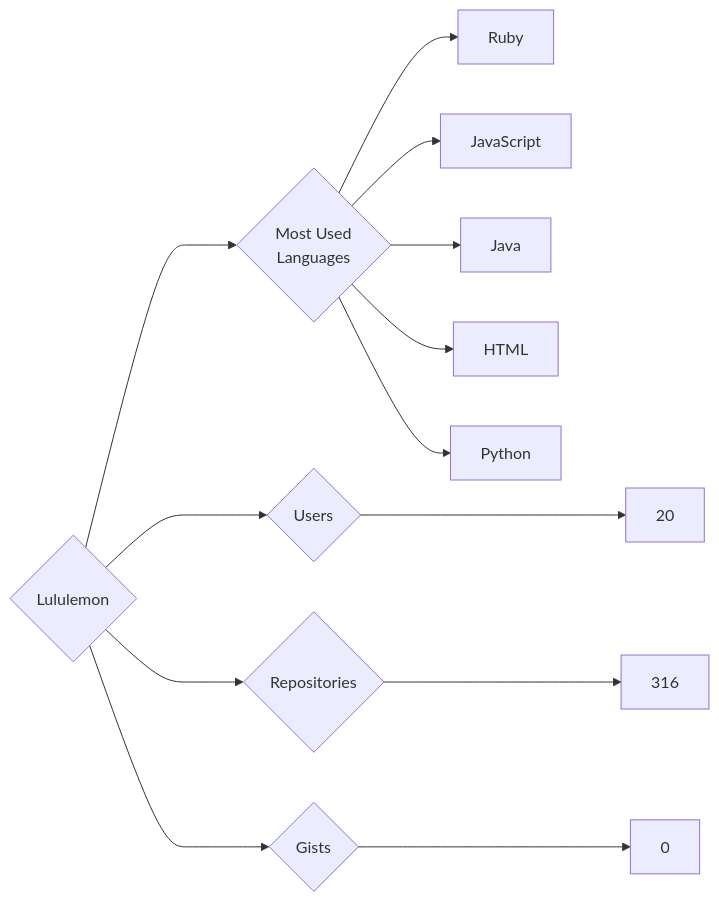
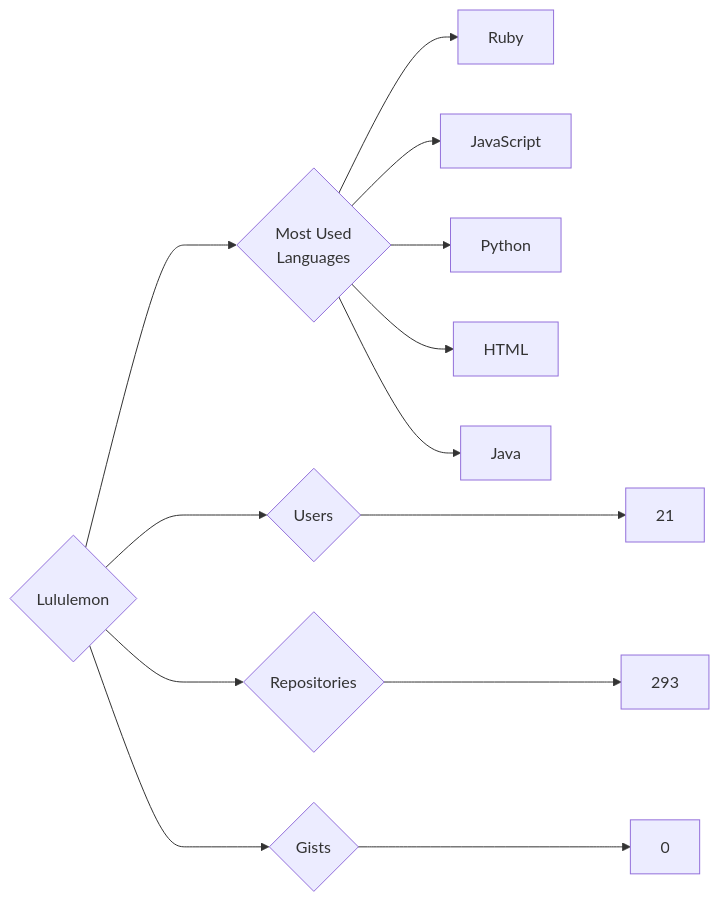
The diagram in targets/Lululemon/README.md (trickest/insiders), drawn with Mermaid before and after one commit. The commit also changed 951 other files, not shown here.

````diff
--- a/targets/Lululemon/README.md
+++ b/targets/Lululemon/README.md
@@ -3,13 +3,13 @@
 ```mermaid
 graph LR
 COMPANY_NAME{Lululemon}
-COMPANY_NAME ---> U{Users} ---> UN[20]
-COMPANY_NAME ---> R{Repositories} ---> RN[316]
+COMPANY_NAME ---> U{Users} ---> UN[21]
+COMPANY_NAME ---> R{Repositories} ---> RN[293]
 COMPANY_NAME ---> G{Gists} ---> GN[0]
 COMPANY_NAME ---> ML{Most Used<br>Languages}
-ML --> Ruby
-ML --> JavaScript
-ML --> Java
-ML --> HTML
-ML --> Python
+ML --> Ruby[Ruby]
+ML --> JavaScript[JavaScript]
+ML --> Python[Python]
+ML --> HTML[HTML]
+ML --> Java[Java]
 ```
````
